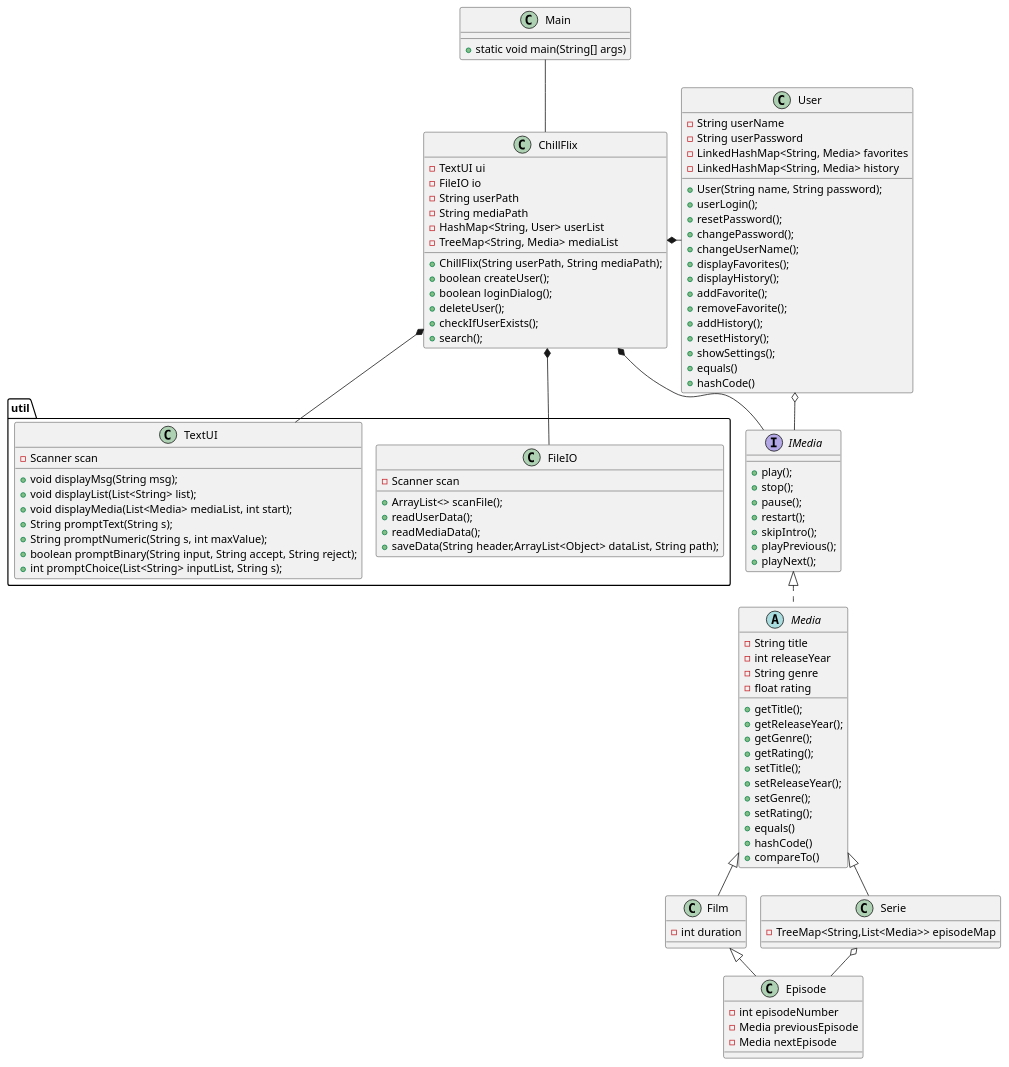
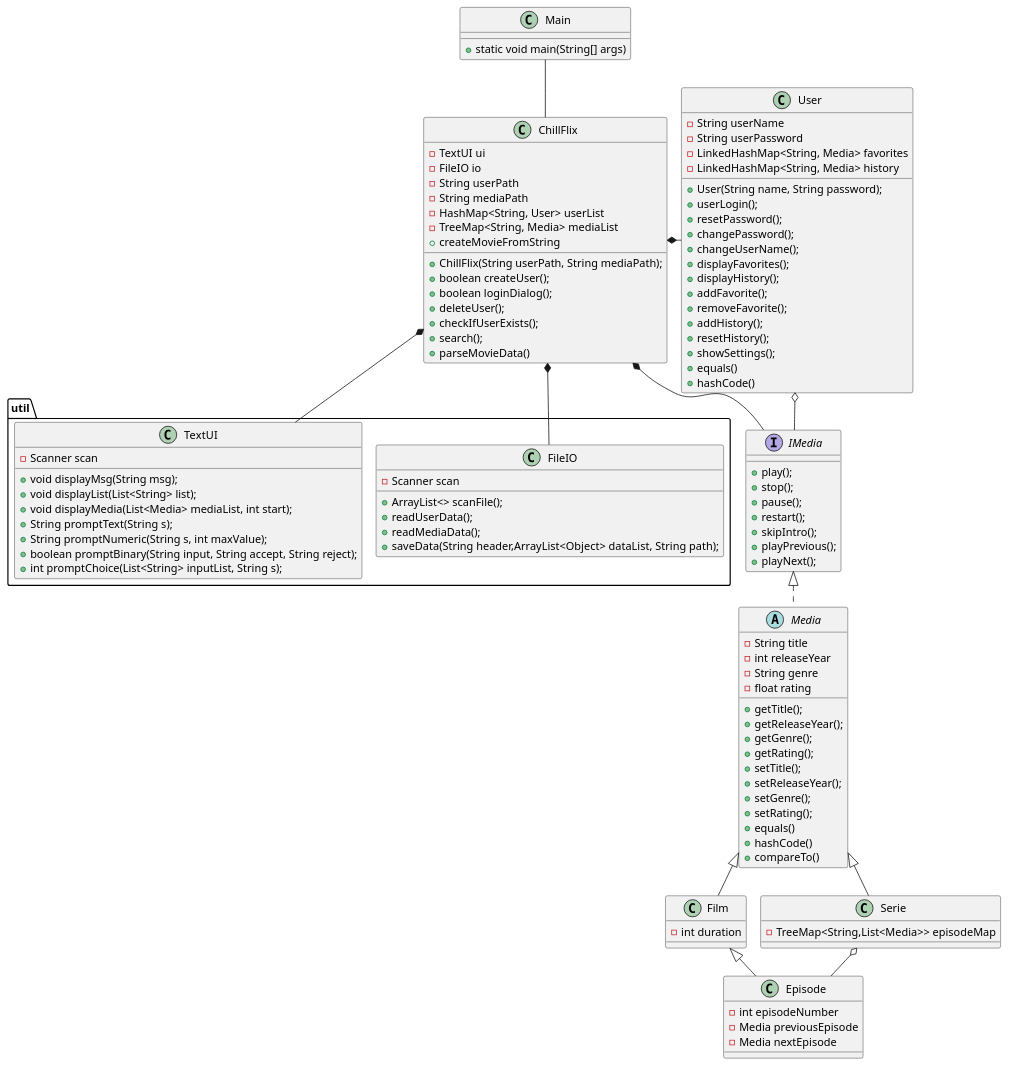
The diagram in docs/classDiagram.puml (Falcho/SP3), drawn with PlantUML before and after one commit. The commit also changed 1 other file, not shown here.

```diff
--- a/docs/classDiagram.puml
+++ b/docs/classDiagram.puml
@@ -1,120 +1,122 @@
 @startuml
 'https://plantuml.com/class-diagram
 !pragma layout smetana
 
 Class Main{
 +static void main(String[] args)
 }
 
 Class ChillFlix{
 -TextUI ui
 -FileIO io
 -String userPath
 -String mediaPath
 -HashMap<String, User> userList
 -TreeMap<String, Media> mediaList
 +ChillFlix(String userPath, String mediaPath);
 +boolean createUser();
 +boolean loginDialog();
 +deleteUser();
 +checkIfUserExists();
 +search();
++parseMovieData()
++createMovieFromString
 }
 
 
 Class User{
 -String userName
 -String userPassword
 -LinkedHashMap<String, Media> favorites
 -LinkedHashMap<String, Media> history
 +User(String name, String password);
 +userLogin();
 +resetPassword();
 +changePassword();
 +changeUserName();
 +displayFavorites();
 +displayHistory();
 +addFavorite();
 +removeFavorite();
 +addHistory();
 +resetHistory();
 +showSettings();
 +equals()
 +hashCode()
 }
 
 Interface IMedia{
 +play();
 +stop();
 +pause();
 +restart();
 +skipIntro();
 +playPrevious();
 +playNext();
 }
 abstract Class Media{
 -String title
 -int releaseYear
 -String genre
 -float rating
 +getTitle();
 +getReleaseYear();
 +getGenre();
 +getRating();
 +setTitle();
 +setReleaseYear();
 +setGenre();
 +setRating();
 +equals()
 +hashCode()
 +compareTo()
 }
 
 Class Film {
 -int duration
 }
 
 Class Serie{
 -TreeMap<String,List<Media>> episodeMap
 }
 
 
 Class Episode{
 -int episodeNumber
 -Media previousEpisode
 -Media nextEpisode
 }
 package util {
     Class FileIO{
     -Scanner scan
     +ArrayList<> scanFile();
     +readUserData();
     +readMediaData();
     +saveData(String header,ArrayList<Object> dataList, String path);
     }
 
     Class TextUI{
     -Scanner scan
     +void displayMsg(String msg);
     +void displayList(List<String> list);
     +void displayMedia(List<Media> mediaList, int start);
     +String promptText(String s);
     +String promptNumeric(String s, int maxValue);
     +boolean promptBinary(String input, String accept, String reject);
     +int promptChoice(List<String> inputList, String s);
     }
 }
 
 Film <|-- Episode
 Media <|-- Film
 Media <|-- Serie
 Serie o-- Episode
 IMedia <|.. Media
 ChillFlix *- User
 ChillFlix *-- IMedia
 ChillFlix *-- FileIO
 ChillFlix *-- TextUI
 Main -- ChillFlix
 User o- IMedia
 
 @enduml
```
